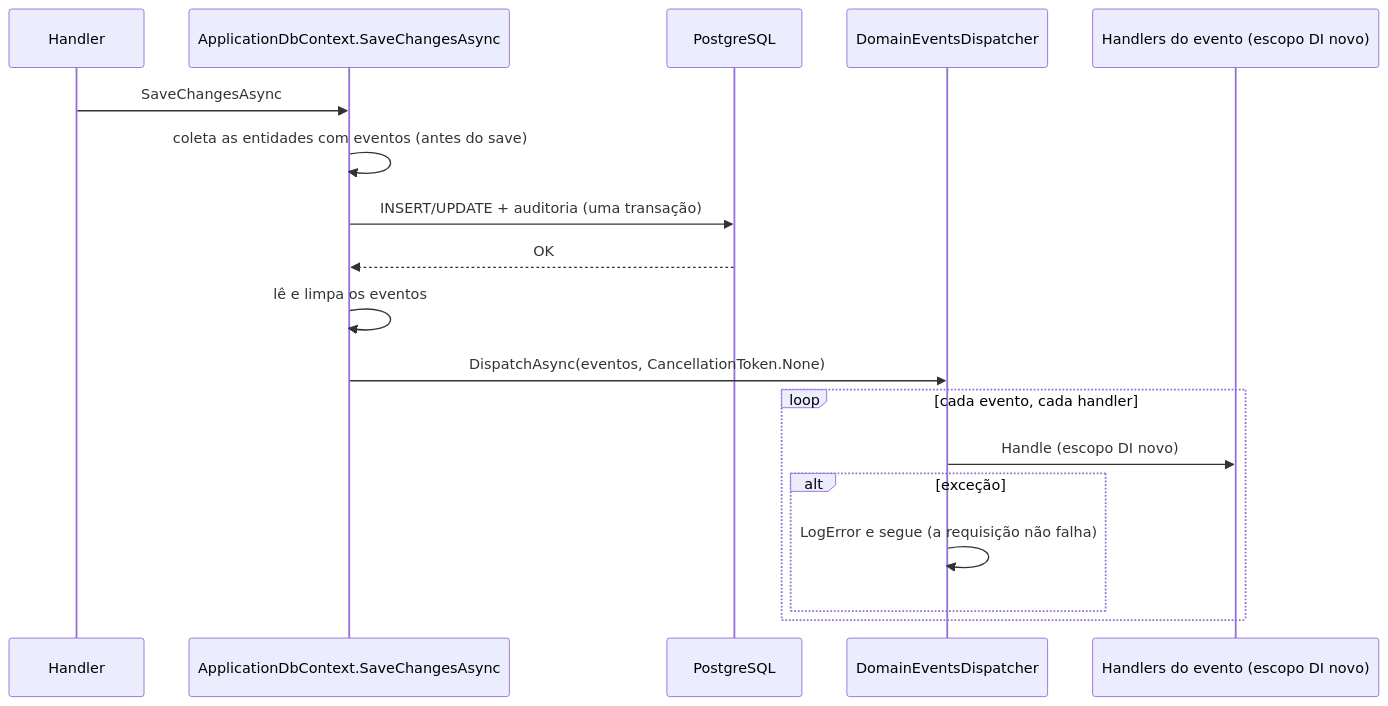
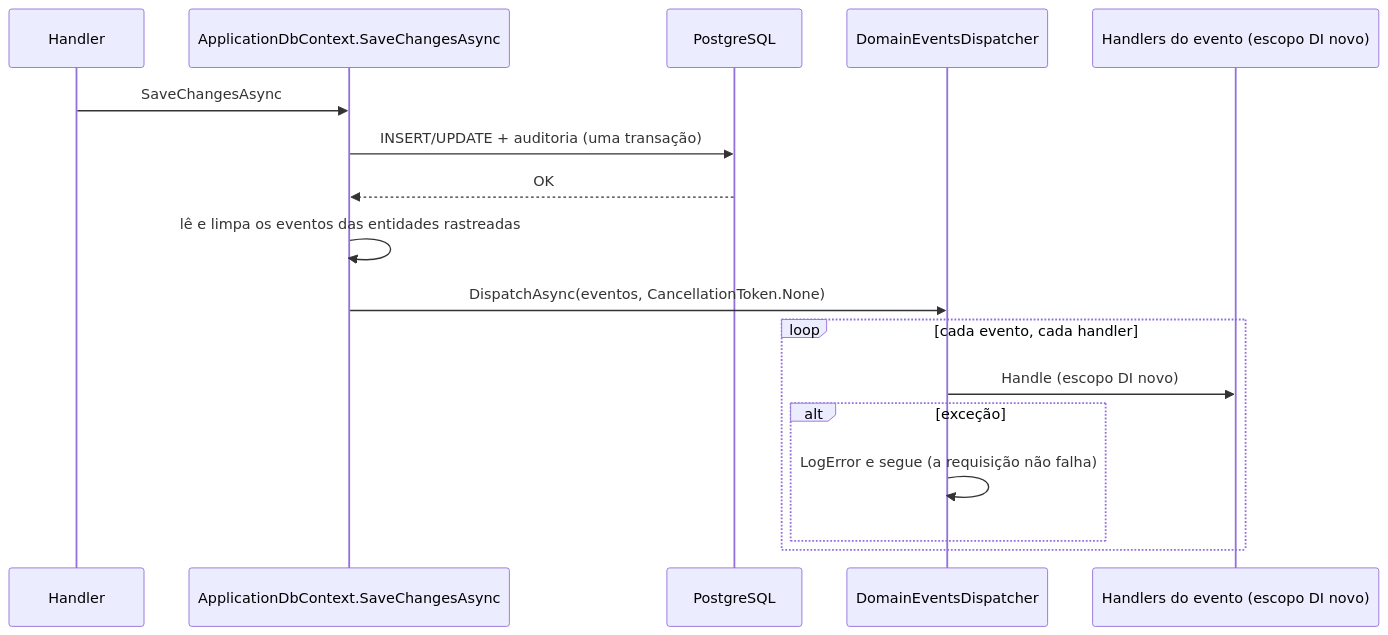
Before and after one commit to rafaelps15/tickest-pristine: the seventh of 7 diagrams in SYSTEM_SPECIFICATION.md, drawn with Mermaid. The commit also changed other lines of this file and 161 other files, not shown here.

````diff
--- a/SYSTEM_SPECIFICATION.md
+++ b/SYSTEM_SPECIFICATION.md
@@ -416,21 +416,20 @@
 ```mermaid
 sequenceDiagram
     participant H as Handler
     participant DB as ApplicationDbContext.SaveChangesAsync
     participant PG as PostgreSQL
     participant D as DomainEventsDispatcher
     participant EH as Handlers do evento (escopo DI novo)
 
     H->>DB: SaveChangesAsync
-    DB->>DB: coleta as entidades com eventos (antes do save)
     DB->>PG: INSERT/UPDATE + auditoria (uma transação)
     PG-->>DB: OK
-    DB->>DB: lê e limpa os eventos
+    DB->>DB: lê e limpa os eventos das entidades rastreadas
     DB->>D: DispatchAsync(eventos, CancellationToken.None)
     loop cada evento, cada handler
         D->>EH: Handle (escopo DI novo)
         alt exceção
             D->>D: LogError e segue (a requisição não falha)
         end
     end
 ```
````
